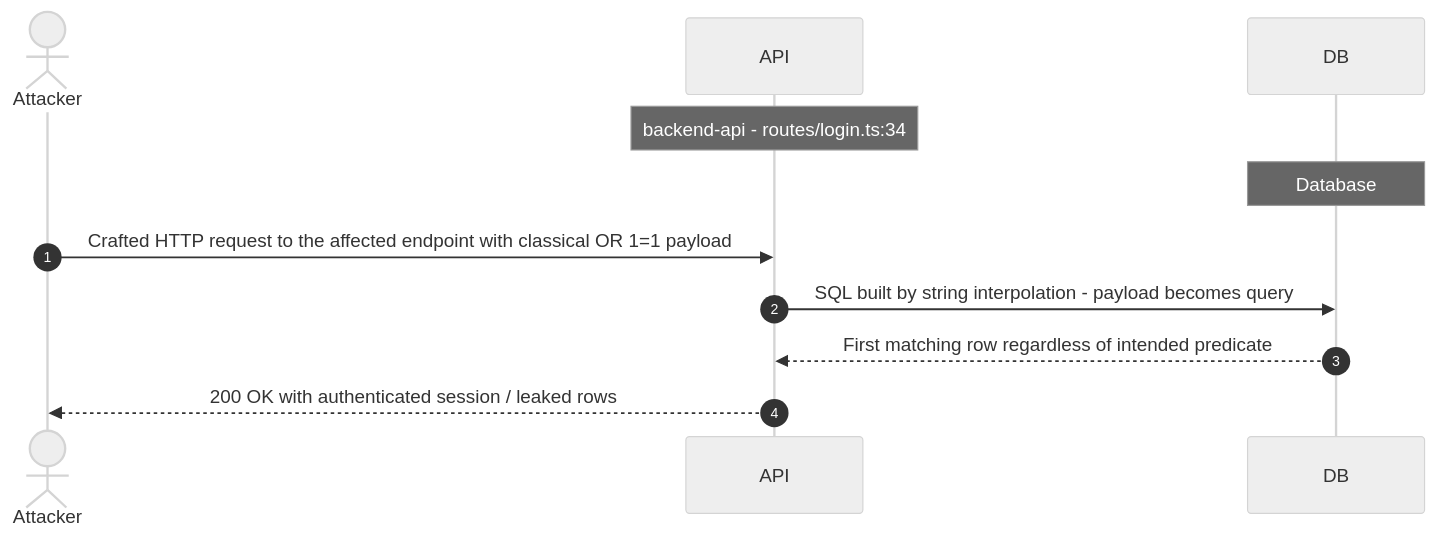
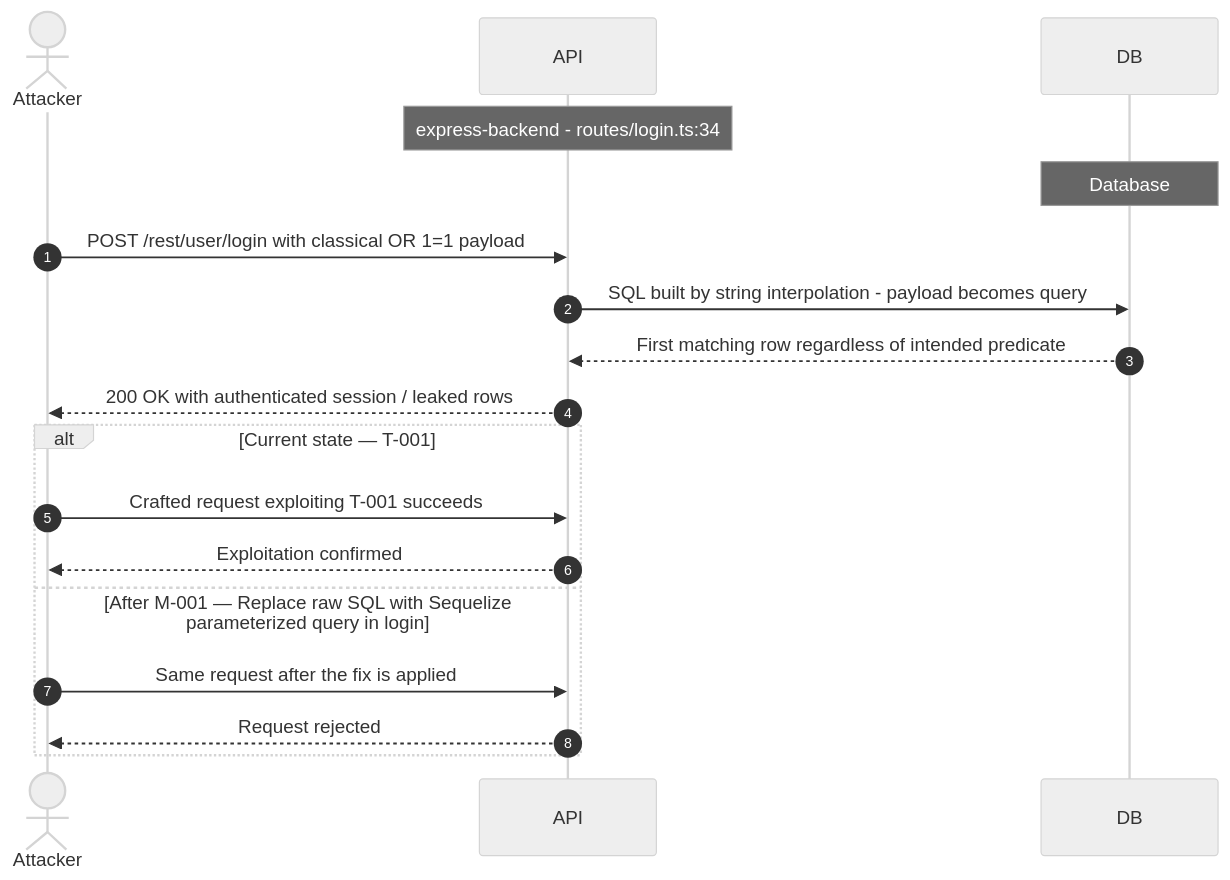
One commit to appsec-foundry/appsec-advisor changed the eighth of 15 diagrams in examples/threat-modeler/threat-model-juice-shop-standard.md. Above: the diagram before and after it, drawn with Mermaid (neutral theme). The commit also changed other lines of this file, not shown here.

````diff
--- a/examples/threat-modeler/threat-model-juice-shop-standard.md
+++ b/examples/threat-modeler/threat-model-juice-shop-standard.md
@@ -569,13 +511,20 @@
 ```mermaid
 sequenceDiagram
     autonumber
     actor Attacker
     participant API
     participant DB
-    Note over API: backend-api - routes/login.ts:34
+    Note over API: express-backend - routes/login.ts:34
     Note over DB: Database
-    Attacker->>API: Crafted HTTP request to the affected endpoint with classical OR 1=1 payload
+    Attacker->>API: POST /rest/user/login with classical OR 1=1 payload
     API->>DB: SQL built by string interpolation - payload becomes query
     DB-->>API: First matching row regardless of intended predicate
     API-->>Attacker: 200 OK with authenticated session / leaked rows
+    alt Current state — T-001
+        Attacker->>API: Crafted request exploiting T-001 succeeds
+        API-->>Attacker: Exploitation confirmed
+    else After M-001 — Replace raw SQL with Sequelize parameterized query in login 
+        Attacker->>API: Same request after the fix is applied
+        API-->>Attacker: Request rejected
+    end
 ```
````
